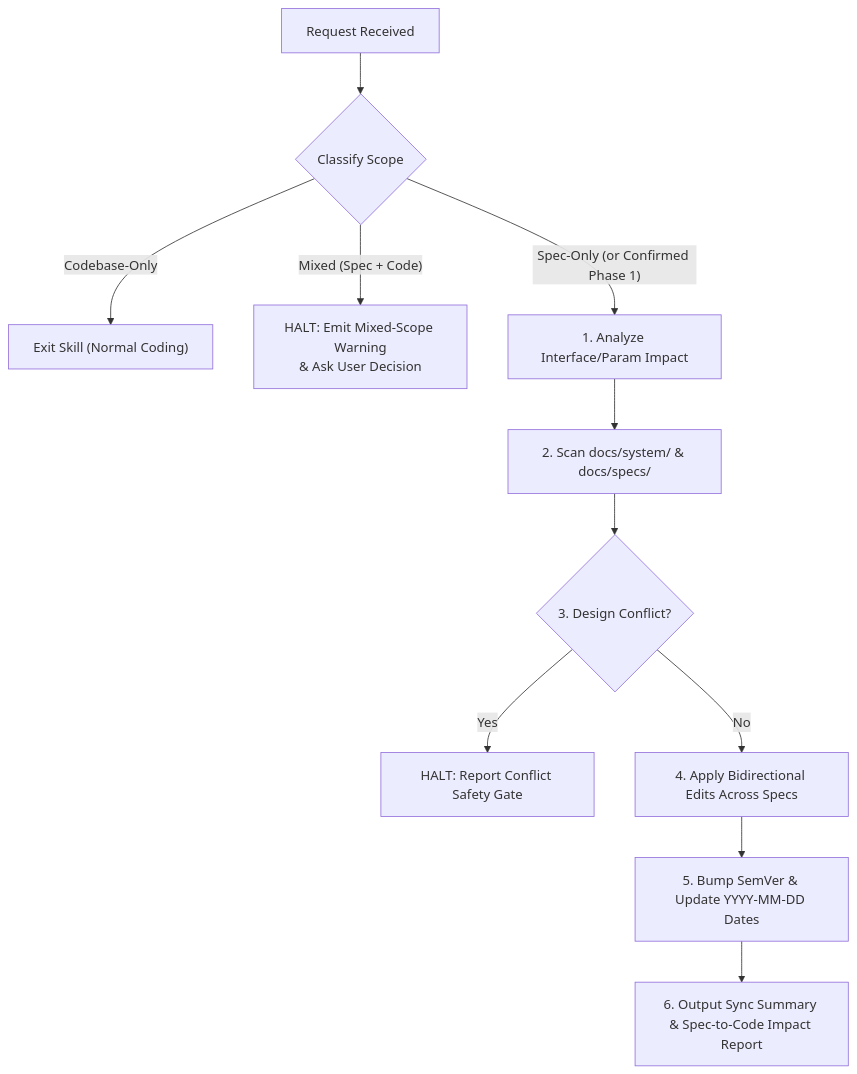
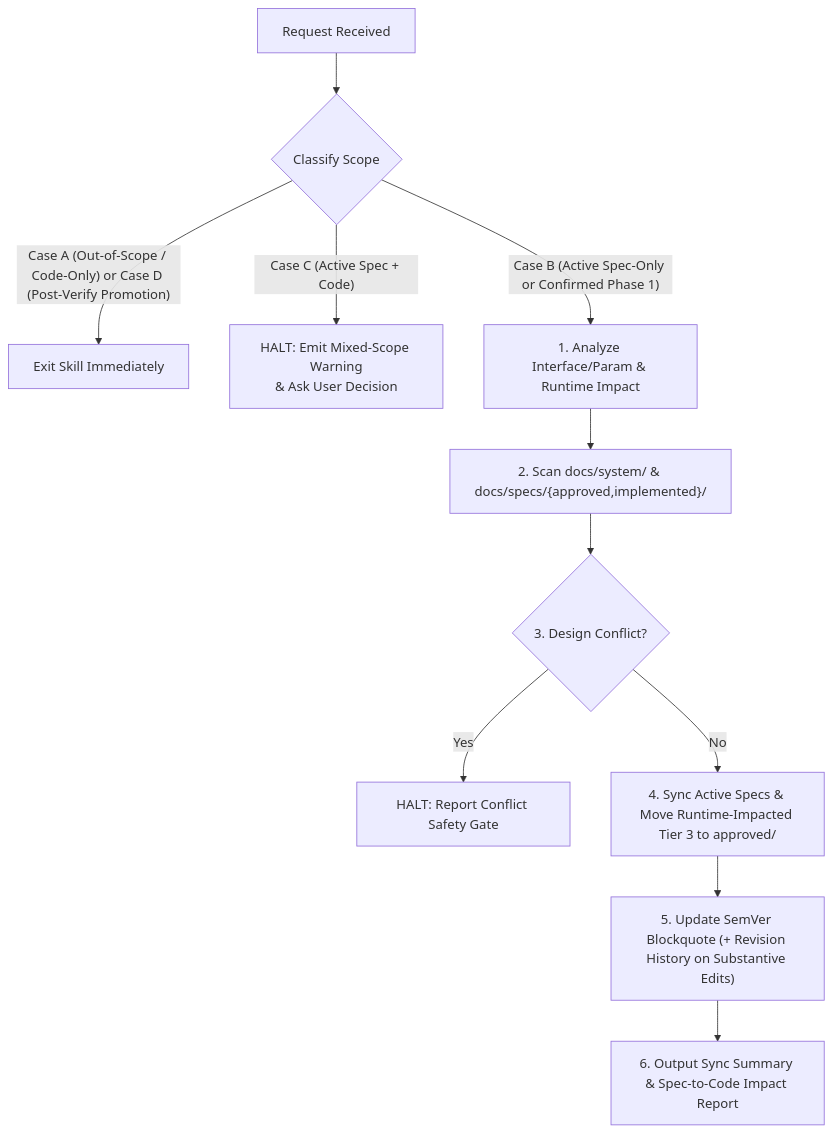
Before and after one commit to Polimachi/Aeroneutics_Autopilot: the diagram in .agent/skills/specification-lifecycle-manager/SKILL.md, drawn with Mermaid. The commit also changed other lines of this file and 30 other files, not shown here.

First line of the commit message:
docs: refactor system specifications to 40-channel internal zone architecture

````diff
--- a/.agent/skills/specification-lifecycle-manager/SKILL.md
+++ b/.agent/skills/specification-lifecycle-manager/SKILL.md
@@ -99,13 +108,13 @@
 ```mermaid
 flowchart TD
     Start["Request Received"] --> Gate{"Classify Scope"}
-    Gate -- "Codebase-Only" --> Exit["Exit Skill (Normal Coding)"]
-    Gate -- "Mixed (Spec + Code)" --> Warn["HALT: Emit Mixed-Scope Warning<br/>& Ask User Decision"]
-    Gate -- "Spec-Only (or Confirmed Phase 1)" --> Impact["1. Analyze Interface/Param Impact"]
-    Impact --> Scan["2. Scan docs/system/ & docs/specs/"]
+    Gate -- "Case A (Out-of-Scope / Code-Only) or Case D (Post-Verify Promotion)" --> Exit["Exit Skill Immediately"]
+    Gate -- "Case C (Active Spec + Code)" --> Warn["HALT: Emit Mixed-Scope Warning<br/>& Ask User Decision"]
+    Gate -- "Case B (Active Spec-Only or Confirmed Phase 1)" --> Impact["1. Analyze Interface/Param & Runtime Impact"]
+    Impact --> Scan["2. Scan docs/system/ & docs/specs/{approved,implemented}/"]
     Scan --> Conflict{"3. Design Conflict?"}
     Conflict -- "Yes" --> StopConflict["HALT: Report Conflict Safety Gate"]
-    Conflict -- "No" --> Sync["4. Apply Bidirectional Edits Across Specs"]
-    Sync --> Meta["5. Bump SemVer & Update YYYY-MM-DD Dates"]
+    Conflict -- "No" --> Sync["4. Sync Active Specs & Move Runtime-Impacted Tier 3 to approved/"]
+    Sync --> Meta["5. Update SemVer Blockquote (+ Revision History on Substantive Edits)"]
     Meta --> Report["6. Output Sync Summary & Spec-to-Code Impact Report"]
 ```
````
